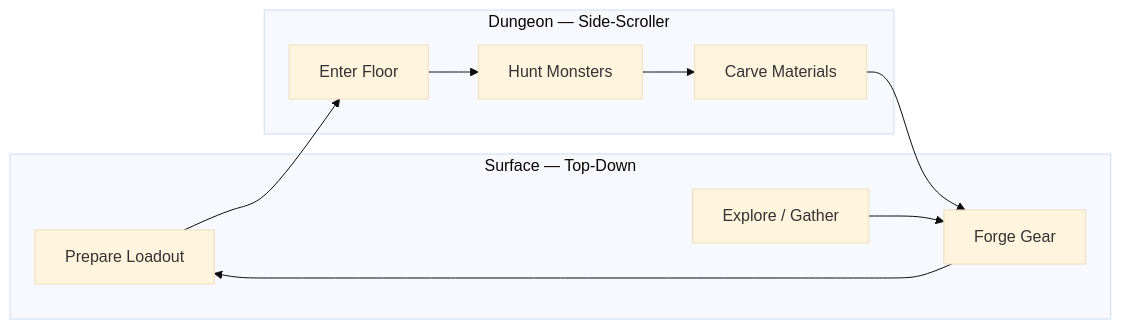
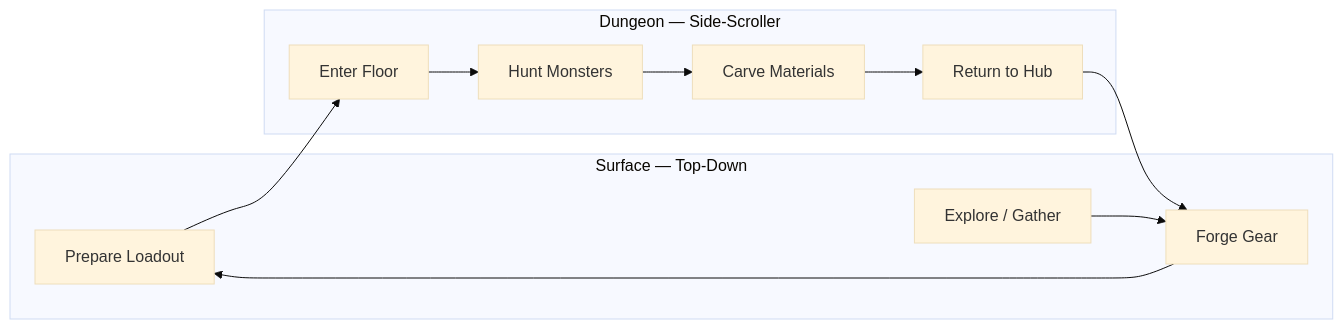
The diagram in docs/GAME_DESIGN.md (CookBrad/destiny-forge), drawn with Mermaid (base theme) before and after one commit. The commit also changed other lines of this file and 1 other file, not shown here.

````diff
--- a/docs/GAME_DESIGN.md
+++ b/docs/GAME_DESIGN.md
@@ -39,19 +119,21 @@
 ```mermaid
 flowchart LR
     subgraph surface [Surface — Top-Down]
         Prep[Prepare Loadout]
         Forge[Forge Gear]
         ExploreS[Explore / Gather]
     end
     subgraph dungeon [Dungeon — Side-Scroller]
         Enter[Enter Floor]
         Hunt[Hunt Monsters]
         Carve[Carve Materials]
+        Return[Return to Hub]
     end
     Prep --> Enter
     Enter --> Hunt
     Hunt --> Carve
-    Carve --> Forge
+    Carve --> Return
+    Return --> Forge
     Forge --> Prep
     ExploreS --> Forge
 ```
````
